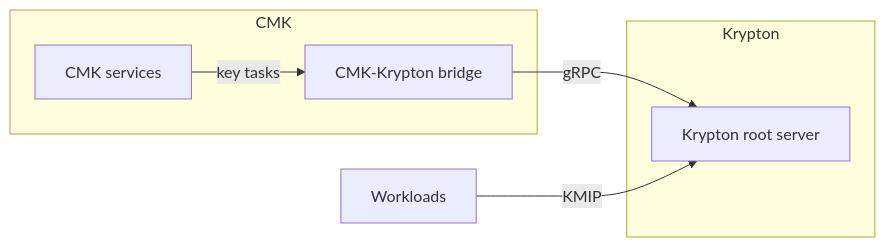
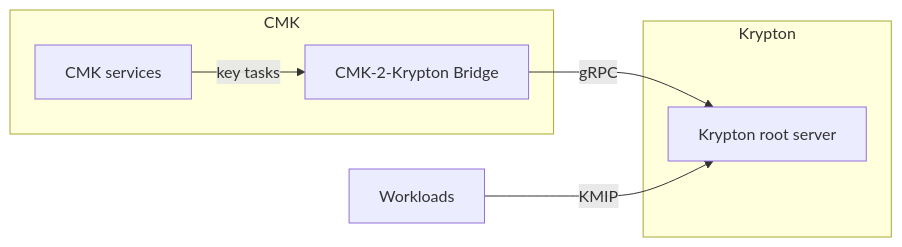
Before and after one commit to openkcm/openkcm.github.io: the diagram in docs/components/index.md, drawn with Mermaid. The commit also changed other lines of this file and 9 other files, not shown here.

````diff
--- a/docs/components/index.md
+++ b/docs/components/index.md
@@ -11,11 +11,11 @@
 ```mermaid
 flowchart LR
     subgraph CMK["CMK"]
-        S["CMK services"] -- "key tasks" --> B["CMK-Krypton bridge"]
+        S["CMK services"] -- "key tasks" --> B["CMK-2-Krypton Bridge"]
     end
     subgraph KR["Krypton"]
         K["Krypton root server"]
     end
     B -- "gRPC" --> K
     W["Workloads"] -- "KMIP" --> K
 ```
````
